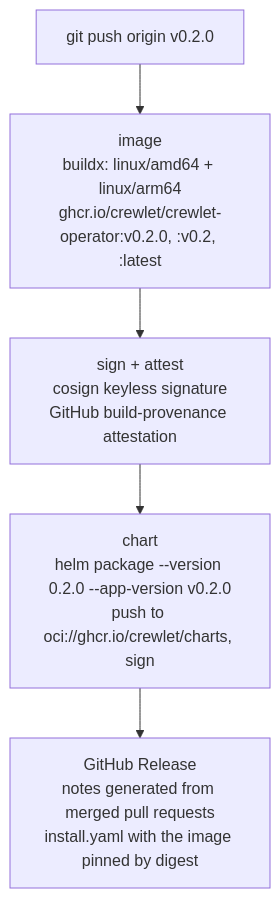
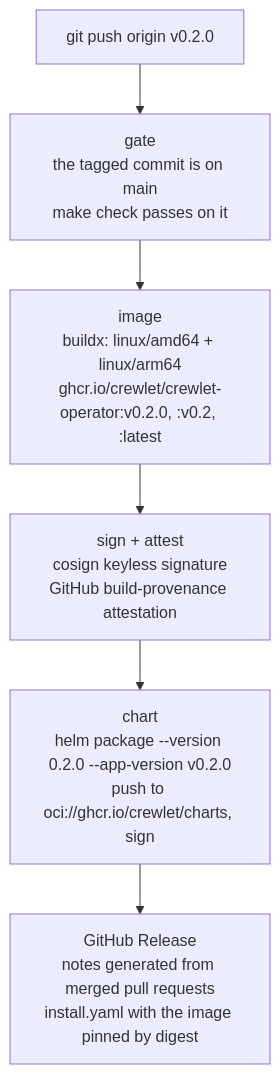
Before and after one commit to crewlet/crewlet-operator: the diagram in RELEASING.md, drawn with Mermaid. The commit also changed other lines of this file and 1 other file, not shown here.

First line of the commit message:
ci: release only a tagged commit of main that passes make check

````diff
--- a/RELEASING.md
+++ b/RELEASING.md
@@ -16,8 +16,9 @@
 ```mermaid
 flowchart TD
-    T["git push origin v0.2.0"] --> I
+    T["git push origin v0.2.0"] --> G
+    G["gate<br/>the tagged commit is on main<br/>make check passes on it"] --> I
     I["image<br/>buildx: linux/amd64 + linux/arm64<br/>ghcr.io/crewlet/crewlet-operator:v0.2.0, :v0.2, :latest"] --> S
     S["sign + attest<br/>cosign keyless signature<br/>GitHub build-provenance attestation"] --> C
     C["chart<br/>helm package --version 0.2.0 --app-version v0.2.0<br/>push to oci://ghcr.io/crewlet/charts, sign"] --> R
     R["GitHub Release<br/>notes generated from merged pull requests<br/>install.yaml with the image pinned by digest"]
 ```
````
